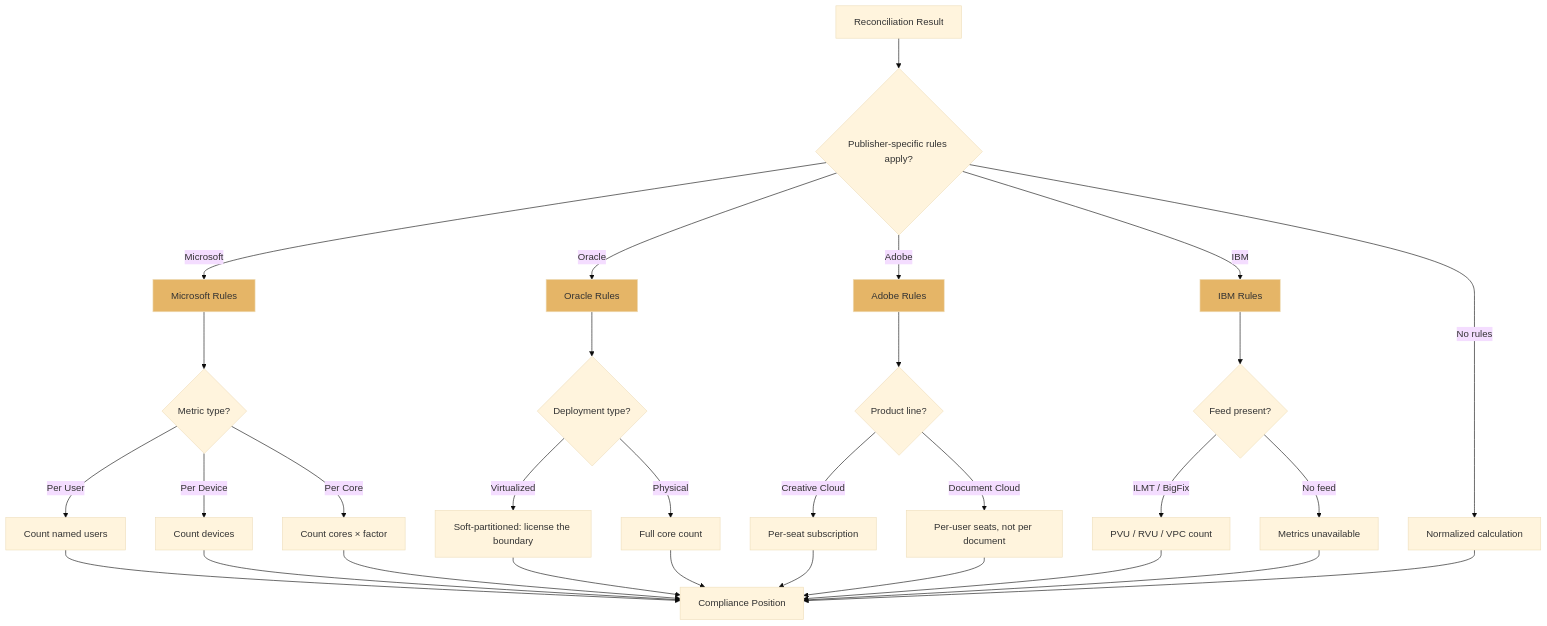
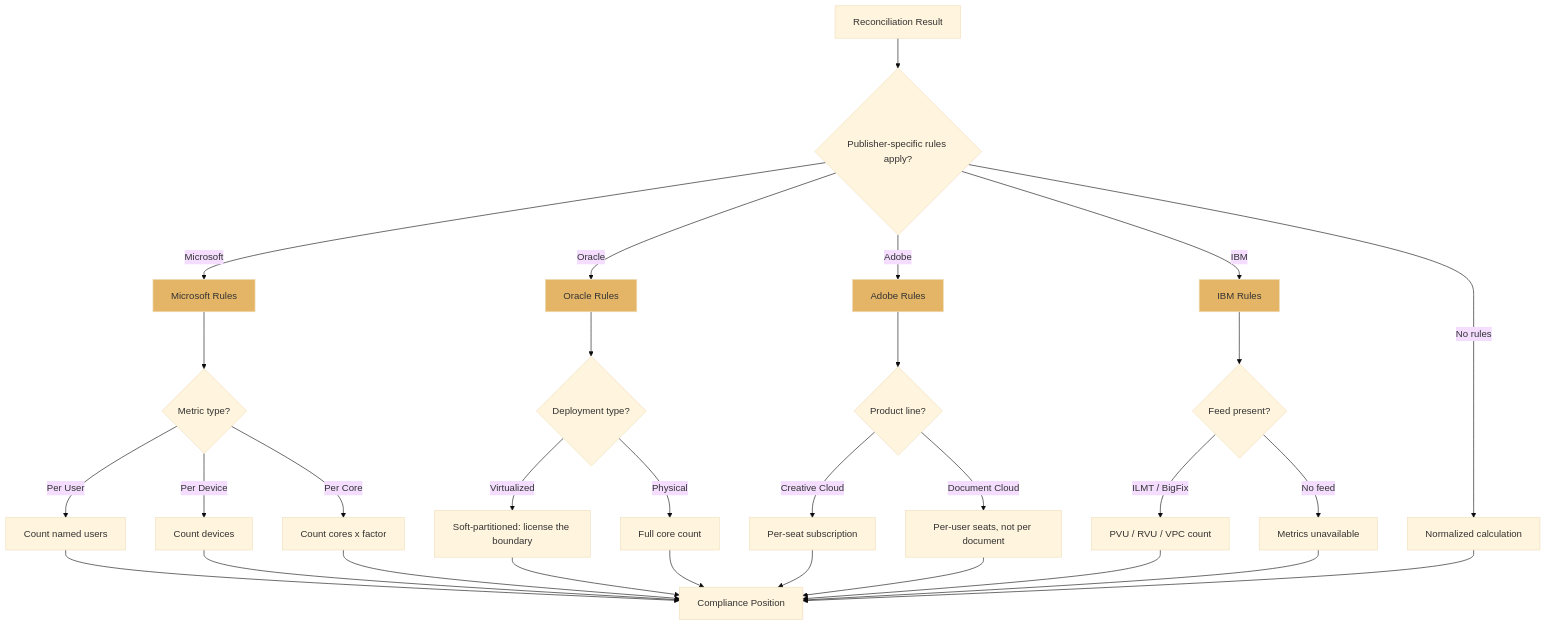
Before and after one commit to eltonaguiar/ServiceNow_Learning_TSOM-_CSM_FSM_SalesCRM_HAM_ITSM: the seventh of 8 diagrams in docs/modules/sam/sam-guide.md, drawn with Mermaid (base theme). The commit also changed 3 other files, not shown here.

First line of the commit message:
Fix remaining Mermaid diagram syntax errors

````diff
--- a/docs/modules/sam/sam-guide.md
+++ b/docs/modules/sam/sam-guide.md
@@ -1060,42 +1060,42 @@
 ```mermaid
 flowchart TD
     START[Reconciliation Result] --> CHECK{Publisher-specific rules apply?}
     
     CHECK -->|Microsoft| MS[Microsoft Rules]
     CHECK -->|Oracle| ORA[Oracle Rules]
     CHECK -->|Adobe| ADO[Adobe Rules]
     CHECK -->|IBM| IBM[IBM Rules]
     IBM --> IBM_RULES{Feed present?}
     IBM_RULES -->|ILMT / BigFix| IBM_OK[PVU / RVU / VPC count]
     IBM_RULES -->|No feed| IBM_NO[Metrics unavailable]
     CHECK -->|No rules| NORMAL[Normalized calculation]
     
     MS --> MS_RULES{Metric type?}
     MS_RULES -->|Per User| MS_USER[Count named users]
     MS_RULES -->|Per Device| MS_DEV[Count devices]
-    MS_RULES -->|Per Core| MS_CORE[Count cores × factor]
+    MS_RULES -->|Per Core| MS_CORE[Count cores x factor]
     
     ORA --> ORA_RULES{Deployment type?}
     ORA_RULES -->|Virtualized| ORA_VIRT[Soft-partitioned: license the boundary]
     ORA_RULES -->|Physical| ORA_PHYS[Full core count]
     
     ADO --> ADO_RULES{Product line?}
     ADO_RULES -->|Creative Cloud| ADO_CC[Per-seat subscription]
     ADO_RULES -->|Document Cloud| ADO_DC[Per-user seats, not per document]
     
     MS_USER --> FINAL[Compliance Position]
     MS_DEV --> FINAL
     MS_CORE --> FINAL
     ORA_VIRT --> FINAL
     ORA_PHYS --> FINAL
     ADO_CC --> FINAL
     ADO_DC --> FINAL
     IBM_OK --> FINAL
     IBM_NO --> FINAL
     NORMAL --> FINAL
     
     style MS fill:#e5b567
     style ORA fill:#e5b567
     style ADO fill:#e5b567
     style IBM fill:#e5b567
 ```
````
